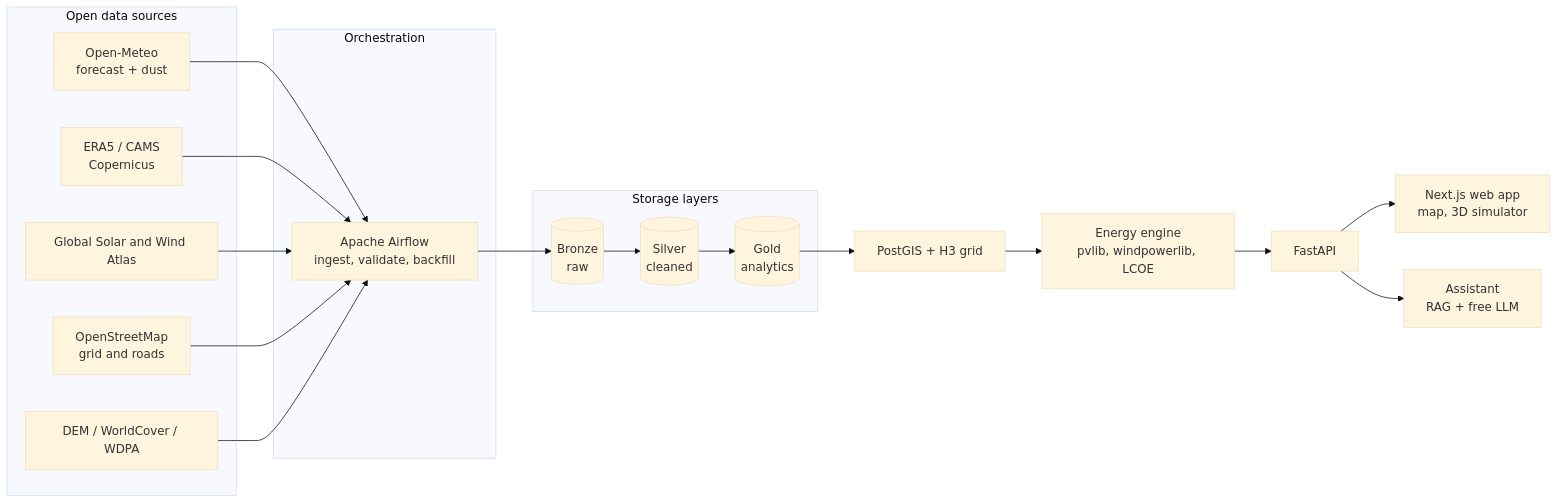
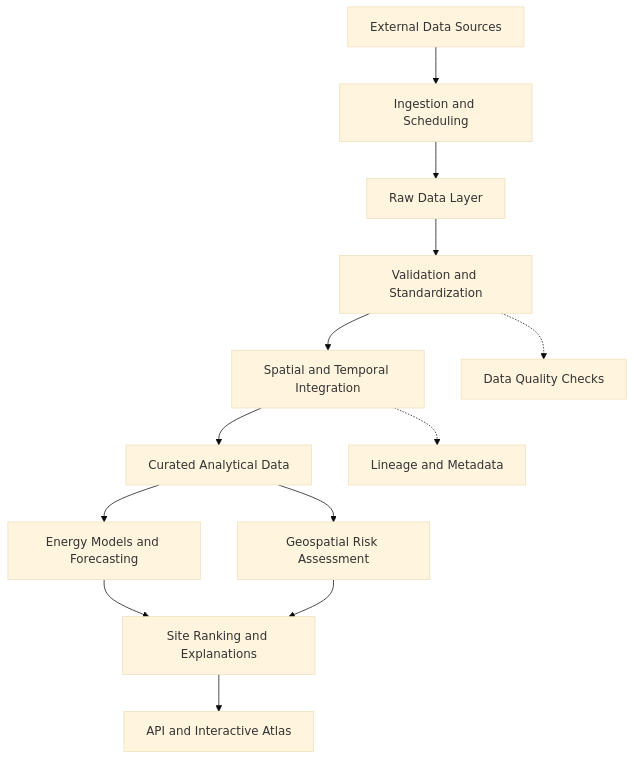
The diagram in README.md (mostafaxz723/Enterprise-Data-Intelligence-Platform-EDIP-), drawn with Mermaid (base theme) before and after one commit. The commit also changed other lines of this file and 5 other files, not shown here.

````diff
--- a/README.md
+++ b/README.md
@@ -70,27 +139,15 @@
 ```mermaid
-flowchart LR
-  subgraph SRC["Open data sources"]
-    S1["Open-Meteo<br/>forecast + dust"]
-    S2["ERA5 / CAMS<br/>Copernicus"]
-    S3["Global Solar and Wind Atlas"]
-    S4["OpenStreetMap<br/>grid and roads"]
-    S5["DEM / WorldCover / WDPA"]
-  end
-  subgraph ORCH["Orchestration"]
-    A["Apache Airflow<br/>ingest, validate, backfill"]
-  end
-  subgraph LAKE["Storage layers"]
-    B1[("Bronze<br/>raw")]
-    B2[("Silver<br/>cleaned")]
-    B3[("Gold<br/>analytics")]
-  end
-  G["PostGIS + H3 grid"]
-  E["Energy engine<br/>pvlib, windpowerlib, LCOE"]
-  API["FastAPI"]
-  WEB["Next.js web app<br/>map, 3D simulator"]
-  BOT["Assistant<br/>RAG + free LLM"]
-  S1 & S2 & S3 & S4 & S5 --> A --> B1 --> B2 --> B3 --> G
-  G --> E --> API
-  API --> WEB
-  API --> BOT
+flowchart TD
+    A["External Data Sources"] --> B["Ingestion and Scheduling"]
+    B --> C["Raw Data Layer"]
+    C --> D["Validation and Standardization"]
+    D --> E["Spatial and Temporal Integration"]
+    E --> F["Curated Analytical Data"]
+    F --> G["Energy Models and Forecasting"]
+    F --> H["Geospatial Risk Assessment"]
+    G --> I["Site Ranking and Explanations"]
+    H --> I
+    I --> J["API and Interactive Atlas"]
+    D -.-> K["Data Quality Checks"]
+    E -.-> L["Lineage and Metadata"]
 ```
````
